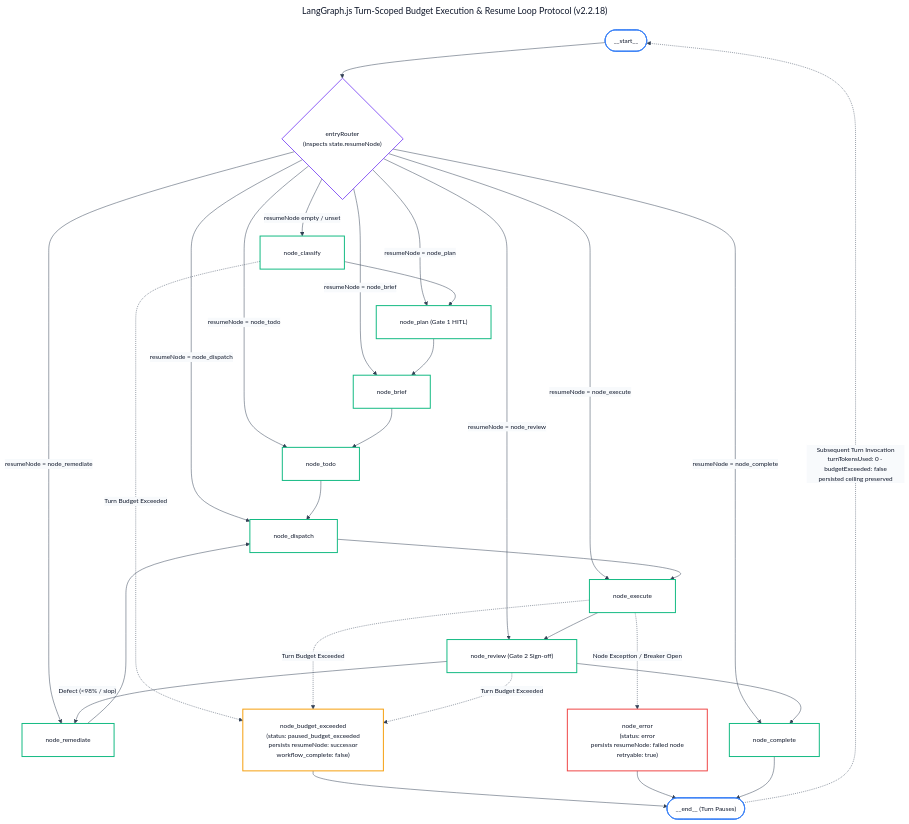
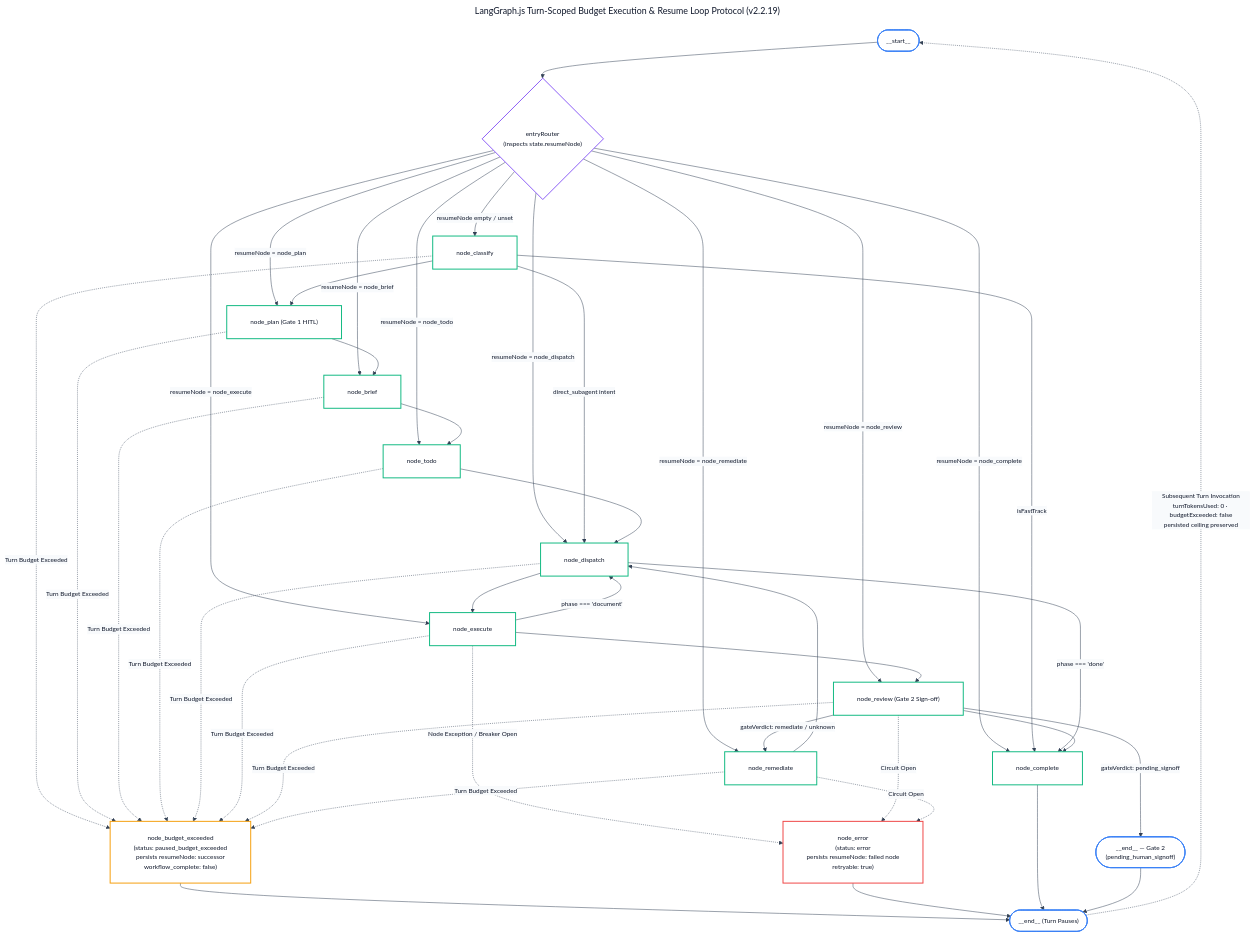
Diagram 17 of 19 in docs/ALL-WORKFLOW-DIAGRAMS.md (andycungkrinx91/konoha), drawn with Mermaid before and after one commit. The commit also changed other lines of this file and 184 other files, not shown here.

````diff
--- a/docs/ALL-WORKFLOW-DIAGRAMS.md
+++ b/docs/ALL-WORKFLOW-DIAGRAMS.md
@@ -1154,6 +1170,6 @@
 ```mermaid
 ---
-title: LangGraph.js Turn-Scoped Budget Execution & Resume Loop Protocol (v2.2.18)
+title: LangGraph.js Turn-Scoped Budget Execution & Resume Loop Protocol (v2.2.19)
 config:
   theme: base
   themeVariables:
@@ -1189,24 +1205,37 @@
     EntryRouter -- "resumeNode = node_complete" --> CompleteNode["node_complete"]
 
     ClassifyNode --> PlanNode
+    ClassifyNode -- "direct_subagent intent" --> DispatchNode
+    ClassifyNode -- "isFastTrack" --> CompleteNode
     PlanNode --> BriefNode
     BriefNode --> TodoNode
     TodoNode --> DispatchNode
     DispatchNode --> ExecuteNode
+    DispatchNode -- "phase === 'done'" --> CompleteNode
     ExecuteNode --> ReviewNode
+    ExecuteNode -- "phase === 'document'" --> DispatchNode
     ReviewNode --> CompleteNode
-    ReviewNode -- "Defect (<98% / slop)" --> RemediateNode
+    ReviewNode -- "gateVerdict: remediate / unknown" --> RemediateNode
+    ReviewNode -- "gateVerdict: pending_signoff" --> Gate2End(["__end__ — Gate 2<br/>(pending_human_signoff)"])
     RemediateNode --> DispatchNode
 
     ClassifyNode -. "Turn Budget Exceeded" .-> BudgetHalt["node_budget_exceeded<br/>(status: paused_budget_exceeded<br/>persists resumeNode: successor<br/>workflow_complete: false)"]
+    PlanNode -. "Turn Budget Exceeded" .-> BudgetHalt
+    BriefNode -. "Turn Budget Exceeded" .-> BudgetHalt
+    TodoNode -. "Turn Budget Exceeded" .-> BudgetHalt
+    DispatchNode -. "Turn Budget Exceeded" .-> BudgetHalt
     ExecuteNode -. "Turn Budget Exceeded" .-> BudgetHalt
     ReviewNode -. "Turn Budget Exceeded" .-> BudgetHalt
+    RemediateNode -. "Turn Budget Exceeded" .-> BudgetHalt
 
     ExecuteNode -. "Node Exception / Breaker Open" .-> ErrorHalt["node_error<br/>(status: error<br/>persists resumeNode: failed node<br/>retryable: true)"]
+    ReviewNode -. "Circuit Open" .-> ErrorHalt
+    RemediateNode -. "Circuit Open" .-> ErrorHalt
 
     BudgetHalt --> EndTurn(["__end__ (Turn Pauses)"])
     ErrorHalt --> EndTurn
     CompleteNode --> EndTurn
+    Gate2End --> EndTurn
 
     EndTurn -. "Subsequent Turn Invocation<br/>turnTokensUsed: 0 · budgetExceeded: false<br/>persisted ceiling preserved" .-> StartTurn
 
@@ -1216,7 +1245,7 @@
     classDef haltNode fill:#ffffff,stroke:#f59e0b,color:#0f172a,stroke-width:2px;
     classDef errorNode fill:#ffffff,stroke:#ef4444,color:#0f172a,stroke-width:2px;
 
-    class StartTurn,EndTurn startNode;
+    class StartTurn,EndTurn,Gate2End startNode;
     class EntryRouter routerNode;
     class ClassifyNode,PlanNode,BriefNode,TodoNode,DispatchNode,ExecuteNode,ReviewNode,RemediateNode,CompleteNode activeNode;
     class BudgetHalt haltNode;
````
